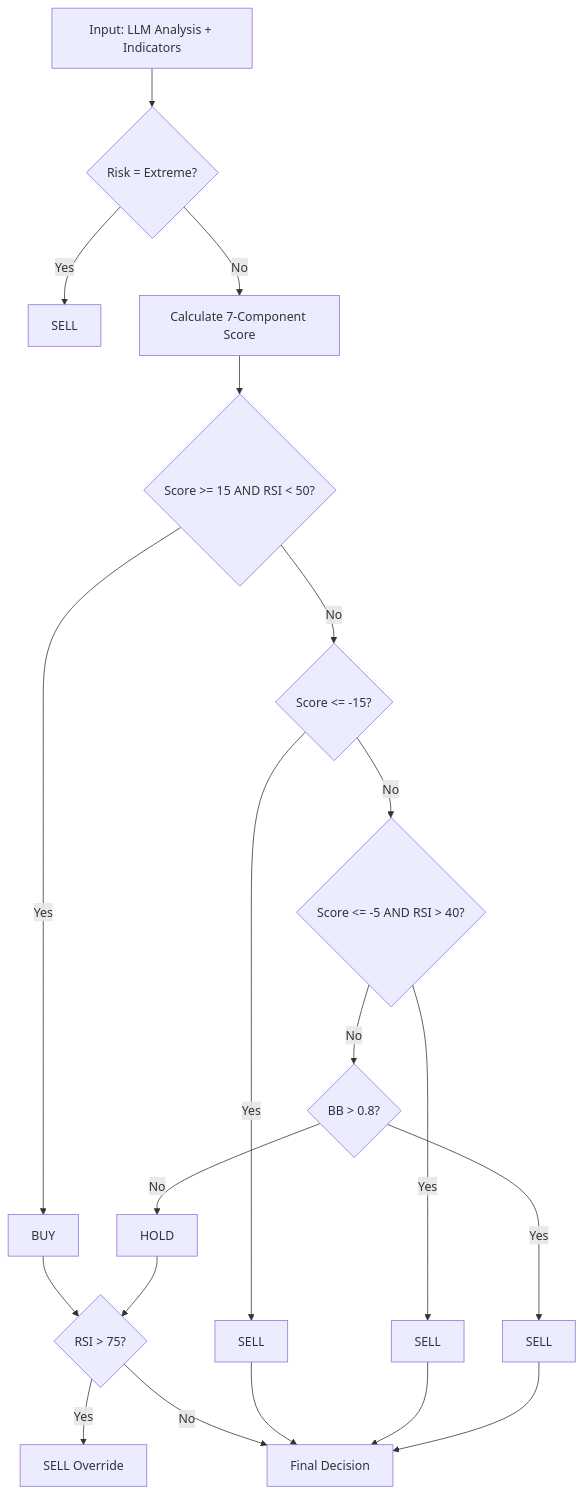
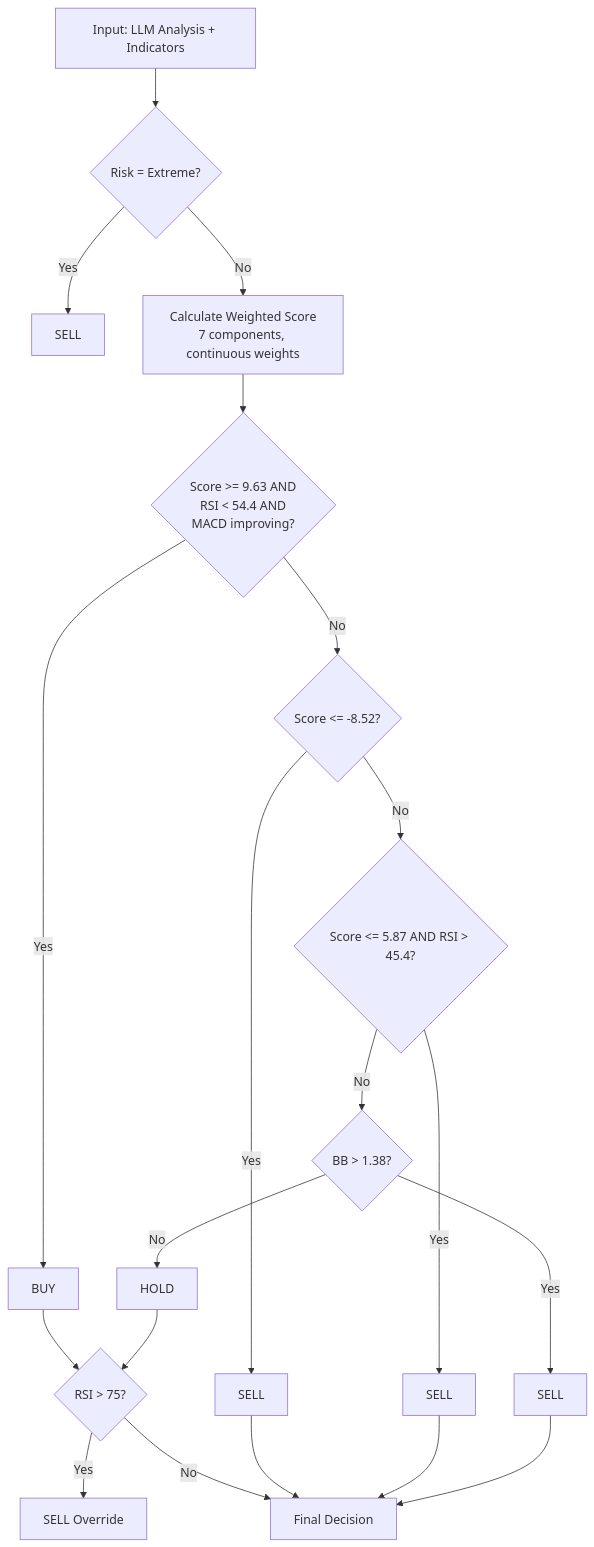
One commit to ak1232320/hw_1302 changed the diagram in STRATEGY_README.md. Above: the diagram before and after it, drawn with Mermaid. The commit also changed other lines of this file and 3 other files, not shown here.

````diff
--- a/STRATEGY_README.md
+++ b/STRATEGY_README.md
@@ -58,22 +69,22 @@
 ```mermaid
 graph TD
     Start[Input: LLM Analysis + Indicators] --> Gate{Risk = Extreme?}
     Gate -->|Yes| SellRisk[SELL]
-    Gate -->|No| Score[Calculate 7-Component Score]
-    Score --> Buy{Score >= 15 AND RSI < 50?}
+    Gate -->|No| Score[Calculate Weighted Score<br/>7 components, continuous weights]
+    Score --> Buy{Score >= 9.63 AND<br/>RSI < 54.4 AND<br/>MACD improving?}
     Buy -->|Yes| BuyDecision[BUY]
-    Buy -->|No| Sell1{Score <= -15?}
+    Buy -->|No| Sell1{Score <= -8.52?}
     Sell1 -->|Yes| SellStrong[SELL]
-    Sell1 -->|No| Sell2{Score <= -5 AND RSI > 40?}
+    Sell1 -->|No| Sell2{Score <= 5.87 AND RSI > 45.4?}
     Sell2 -->|Yes| SellMild[SELL]
-    Sell2 -->|No| Sell3{BB > 0.8?}
+    Sell2 -->|No| Sell3{BB > 1.38?}
     Sell3 -->|Yes| SellBB[SELL]
     Sell3 -->|No| Hold[HOLD]
     BuyDecision --> Emergency{RSI > 75?}
     Hold --> Emergency
     Emergency -->|Yes| EmergSell[SELL Override]
     Emergency -->|No| Final[Final Decision]
     SellStrong --> Final
     SellMild --> Final
     SellBB --> Final
 ```
````
